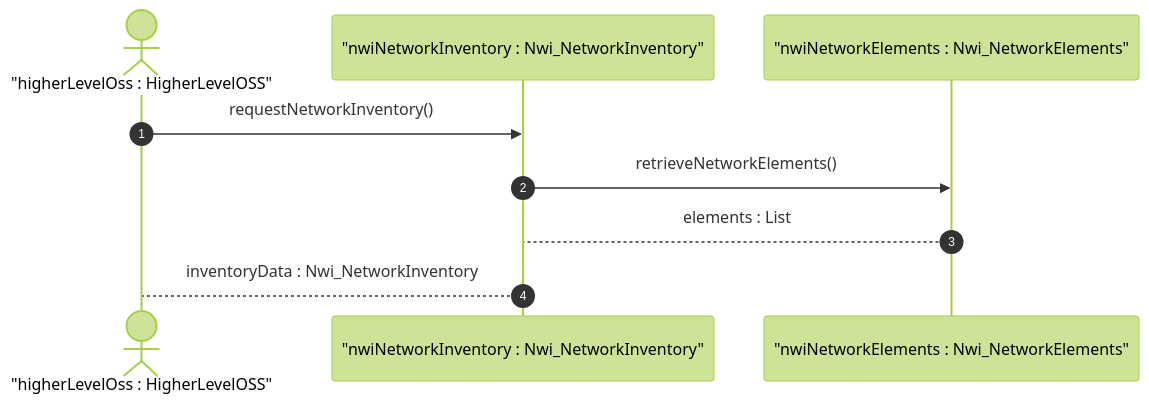
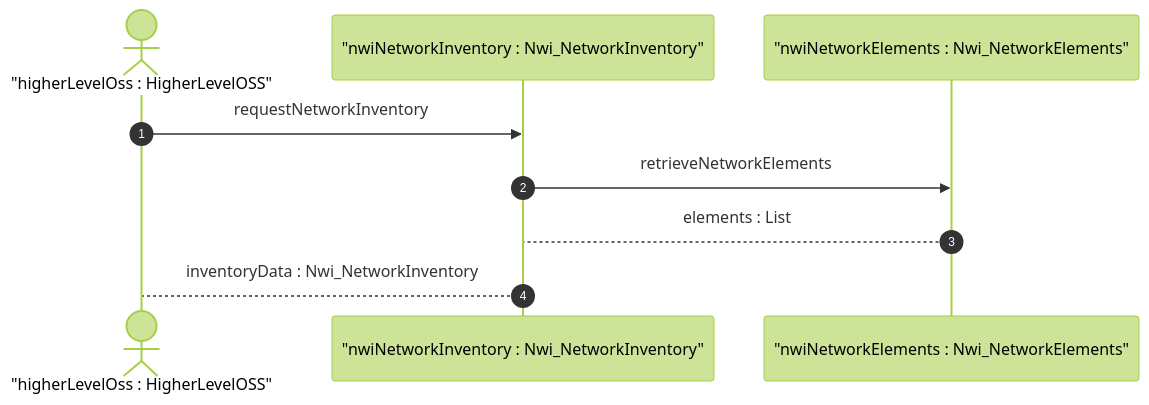
The diagram in docs/user-stories/us-10-northbound-network-inventory-reporting.md (gintatkinson/3dgs-032), drawn with Mermaid (forest theme) before and after one commit. The commit also changed 11 other files, not shown here.

Commit message:
Fix UML method multiplicity, resolve ordinal conflicts, update real matrix

````diff
--- a/docs/user-stories/us-10-northbound-network-inventory-reporting.md
+++ b/docs/user-stories/us-10-northbound-network-inventory-reporting.md
@@ -23,12 +23,12 @@
 ```mermaid
 sequenceDiagram
     autonumber
     actor higherLevelOss as "higherLevelOss : HigherLevelOSS"
     participant nwiNetworkInventory as "nwiNetworkInventory : Nwi_NetworkInventory"
     participant nwiNetworkElements as "nwiNetworkElements : Nwi_NetworkElements"
 
-    higherLevelOss->>nwiNetworkInventory: requestNetworkInventory()
-    nwiNetworkInventory->>nwiNetworkElements: retrieveNetworkElements()
+    higherLevelOss->>nwiNetworkInventory: requestNetworkInventory
+    nwiNetworkInventory->>nwiNetworkElements: retrieveNetworkElements
     nwiNetworkElements-->nwiNetworkInventory: elements : List
     nwiNetworkInventory-->higherLevelOss: inventoryData : Nwi_NetworkInventory
 ```
````
